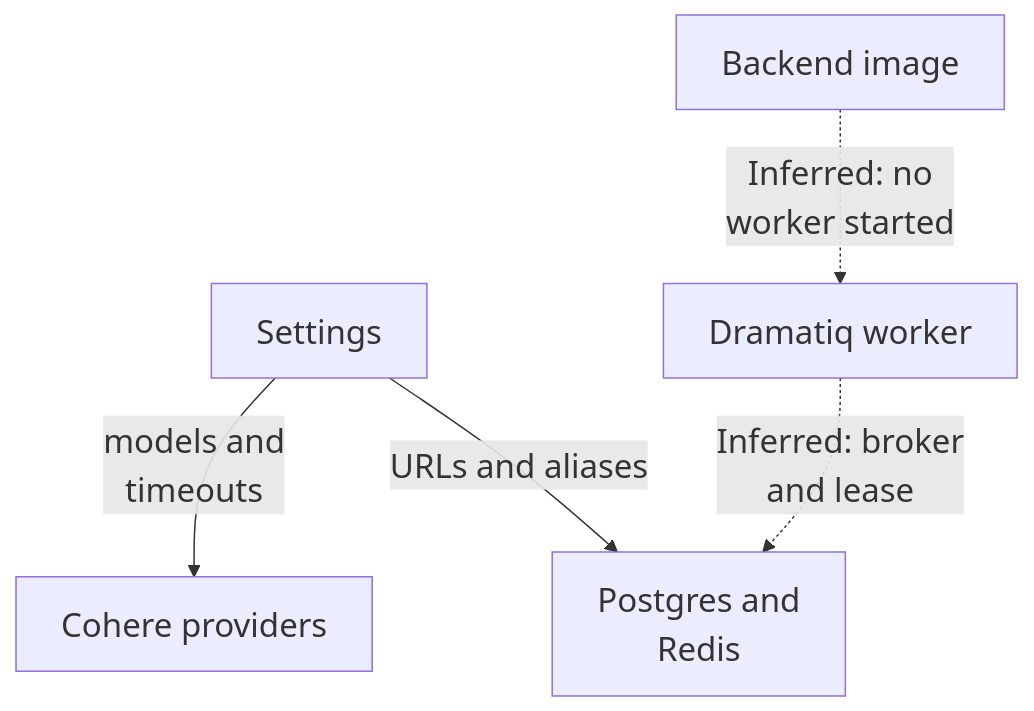
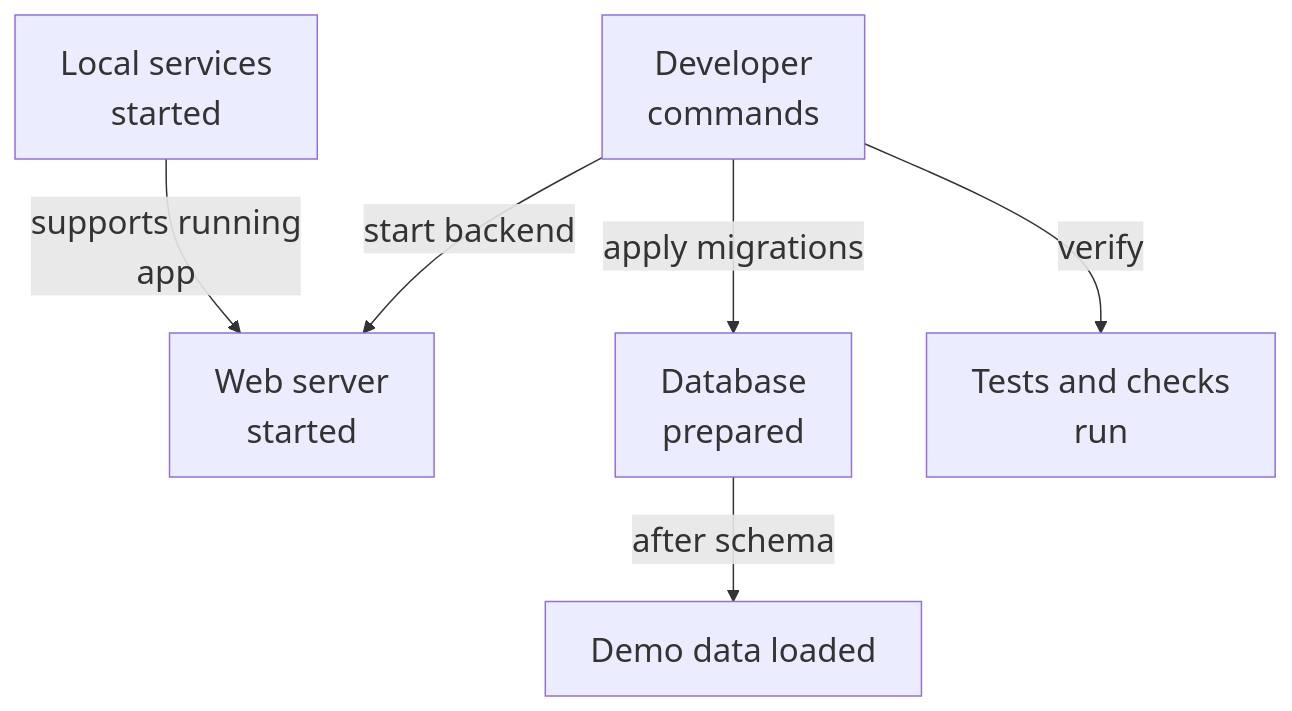
The diagram in maps/foundation/diagram-05.mmd (Justin-Mendoza/Afterclass), drawn with Mermaid before and after one commit. The commit also changed 91 other files, not shown here.

```diff
--- a/maps/foundation/diagram-05.mmd
+++ b/maps/foundation/diagram-05.mmd
@@ -1,11 +1,13 @@
 %%{init: {"themeVariables": {"fontSize": "22px"}}}%%
 flowchart TD
-  n0["Settings"]
-  n1["Cohere providers"]
-  n2["Postgres and<br/>Redis"]
-  n3["Dramatiq worker"]
-  n4["Backend image"]
-  n0 -->|"models and<br/>timeouts"| n1
-  n0 -->|"URLs and aliases"| n2
-  n4 -.->|"Inferred: no<br/>worker started"| n3
-  n3 -.->|"Inferred: broker<br/>and lease"| n2
+  n0["Developer<br/>commands"]
+  n1["Web server<br/>started"]
+  n2["Database<br/>prepared"]
+  n3["Demo data loaded"]
+  n4["Tests and checks<br/>run"]
+  n5["Local services<br/>started"]
+  n0 -->|"start backend"| n1
+  n0 -->|"apply migrations"| n2
+  n2 -->|"after schema"| n3
+  n0 -->|"verify"| n4
+  n5 -->|"supports running<br/>app"| n1
```
